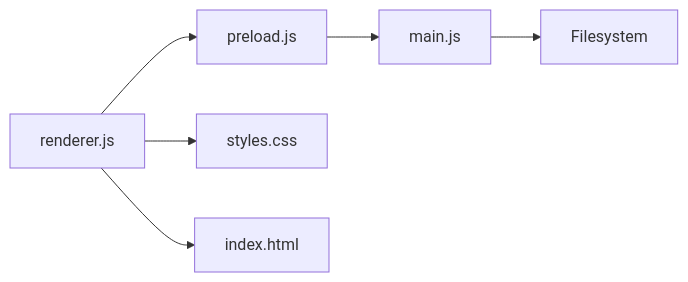
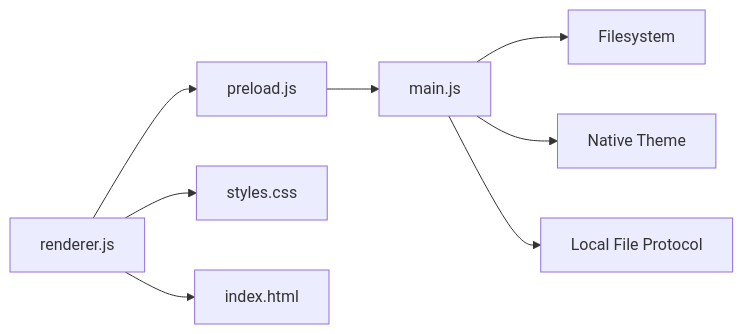
Before and after one commit to Annguyen0410/Personal-Messenger-Like-Storage-: the tenth of 10 diagrams in .qoder/repowiki/en/content/User Interface Components.md, drawn with Mermaid. The commit also changed other lines of this file and 19 other files, not shown here.

````diff
--- a/.qoder/repowiki/en/content/User Interface Components.md
+++ b/.qoder/repowiki/en/content/User Interface Components.md
@@ -404,8 +465,10 @@
 ```mermaid
 graph LR
 R["renderer.js"] --> PB["preload.js"]
 PB --> M["main.js"]
 M --> FS["Filesystem"]
 R --> CSS["styles.css"]
 R --> HTML["index.html"]
+M --> NT["Native Theme"]
+M --> PF["Local File Protocol"]
 ```
````
